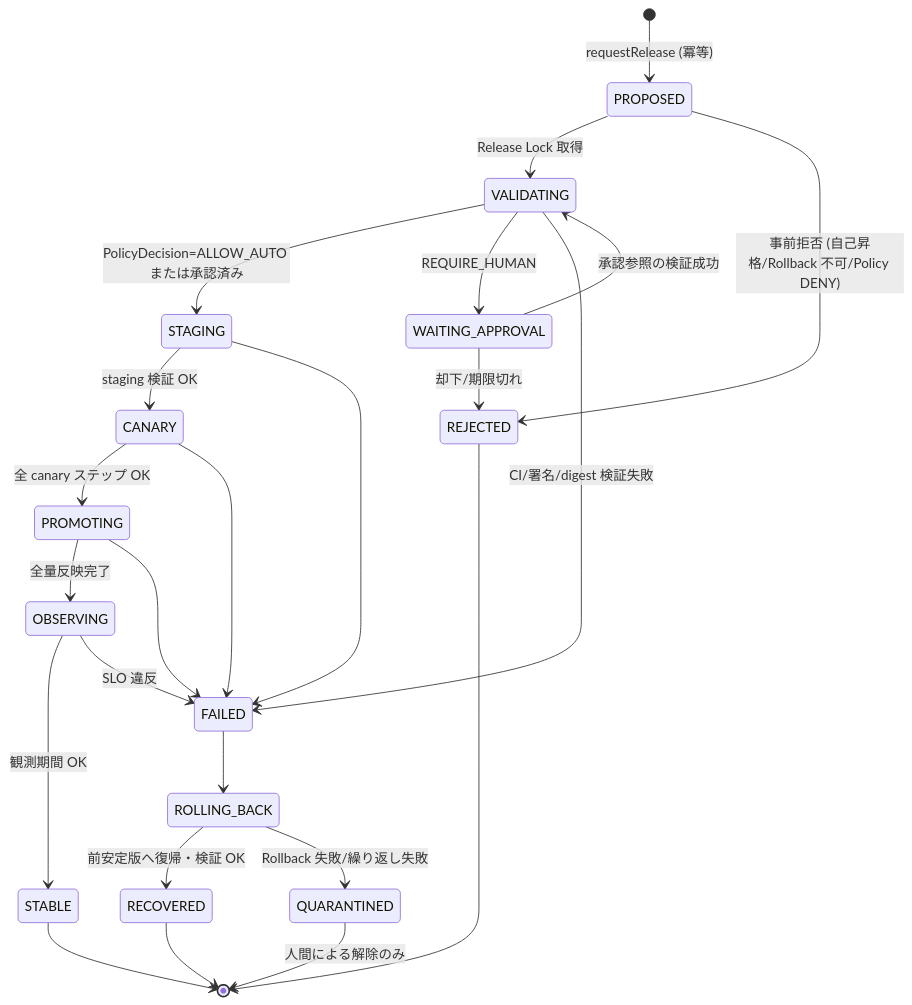
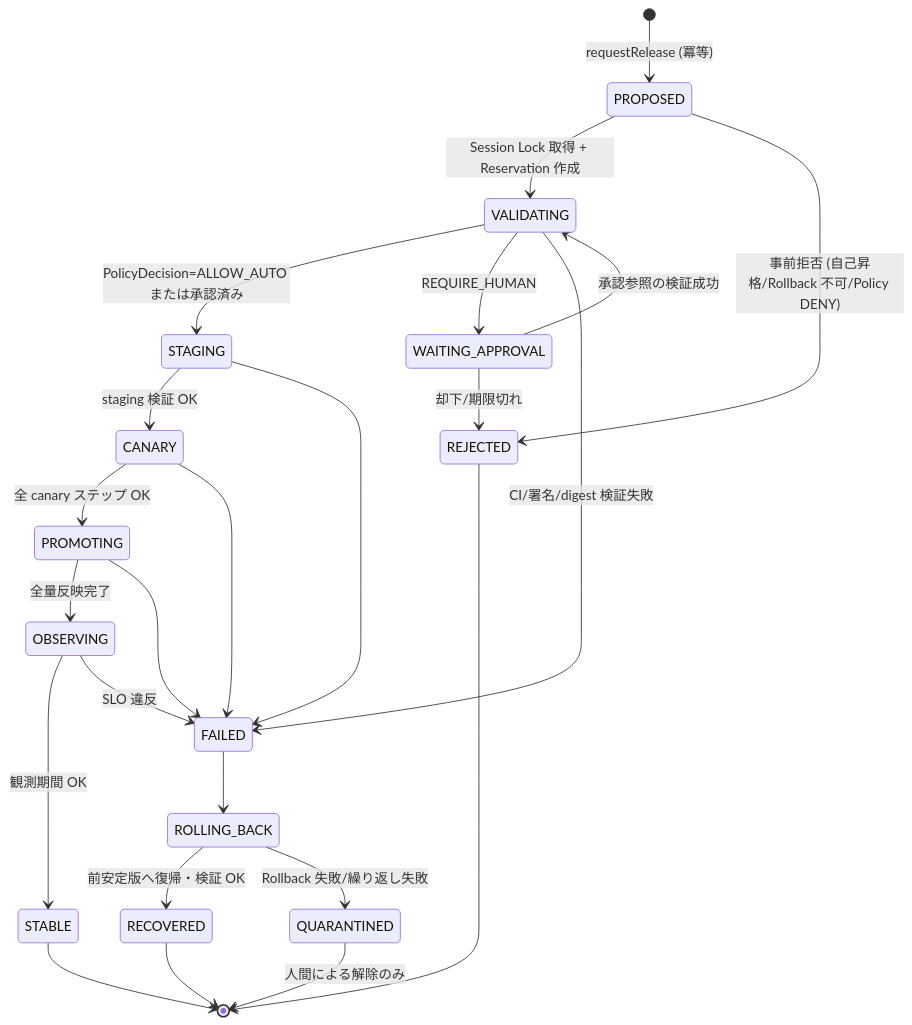
The second of 6 diagrams in docs/design/08-dual-evolution-controller.md (kigawa-net/kivra), drawn with Mermaid before and after one commit. The commit also changed other lines of this file, not shown here.

First line of the commit message:
Unify release lock ownership model, external fencing and incarnation requirements across #8/#12

````diff
--- a/docs/design/08-dual-evolution-controller.md
+++ b/docs/design/08-dual-evolution-controller.md
@@ -244,26 +247,26 @@
 ```mermaid
 stateDiagram-v2
   [*] --> PROPOSED: requestRelease (冪等)
-  PROPOSED --> VALIDATING: Release Lock 取得
+  PROPOSED --> VALIDATING: Session Lock 取得 + Reservation 作成
   PROPOSED --> REJECTED: 事前拒否 (自己昇格/Rollback 不可/Policy DENY)
   VALIDATING --> STAGING: PolicyDecision=ALLOW_AUTO または承認済み
   VALIDATING --> WAITING_APPROVAL: REQUIRE_HUMAN
   WAITING_APPROVAL --> VALIDATING: 承認参照の検証成功
   WAITING_APPROVAL --> REJECTED: 却下/期限切れ
   VALIDATING --> FAILED: CI/署名/digest 検証失敗
   STAGING --> CANARY: staging 検証 OK
   STAGING --> FAILED
   CANARY --> PROMOTING: 全 canary ステップ OK
   CANARY --> FAILED
   PROMOTING --> OBSERVING: 全量反映完了
   PROMOTING --> FAILED
   OBSERVING --> STABLE: 観測期間 OK
   OBSERVING --> FAILED: SLO 違反
   FAILED --> ROLLING_BACK
   ROLLING_BACK --> RECOVERED: 前安定版へ復帰・検証 OK
   ROLLING_BACK --> QUARANTINED: Rollback 失敗/繰り返し失敗
   STABLE --> [*]
   RECOVERED --> [*]
   QUARANTINED --> [*]: 人間による解除のみ
   REJECTED --> [*]
 ```
````
